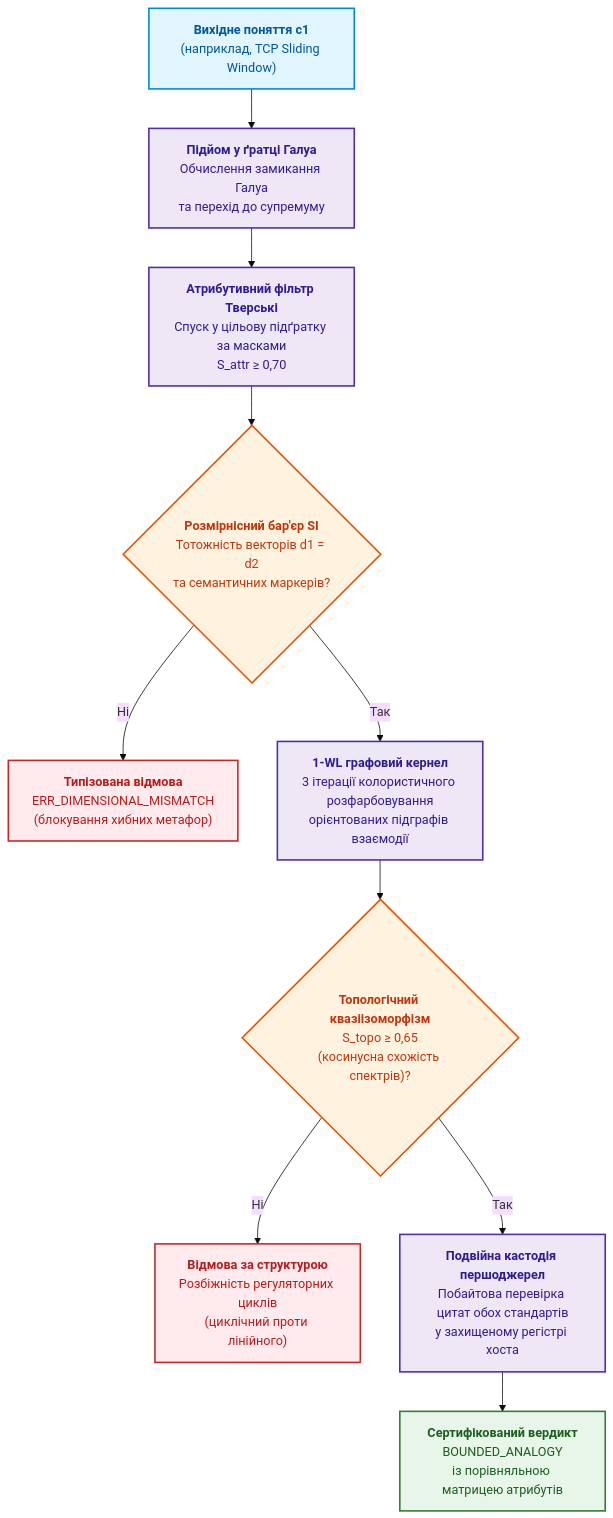
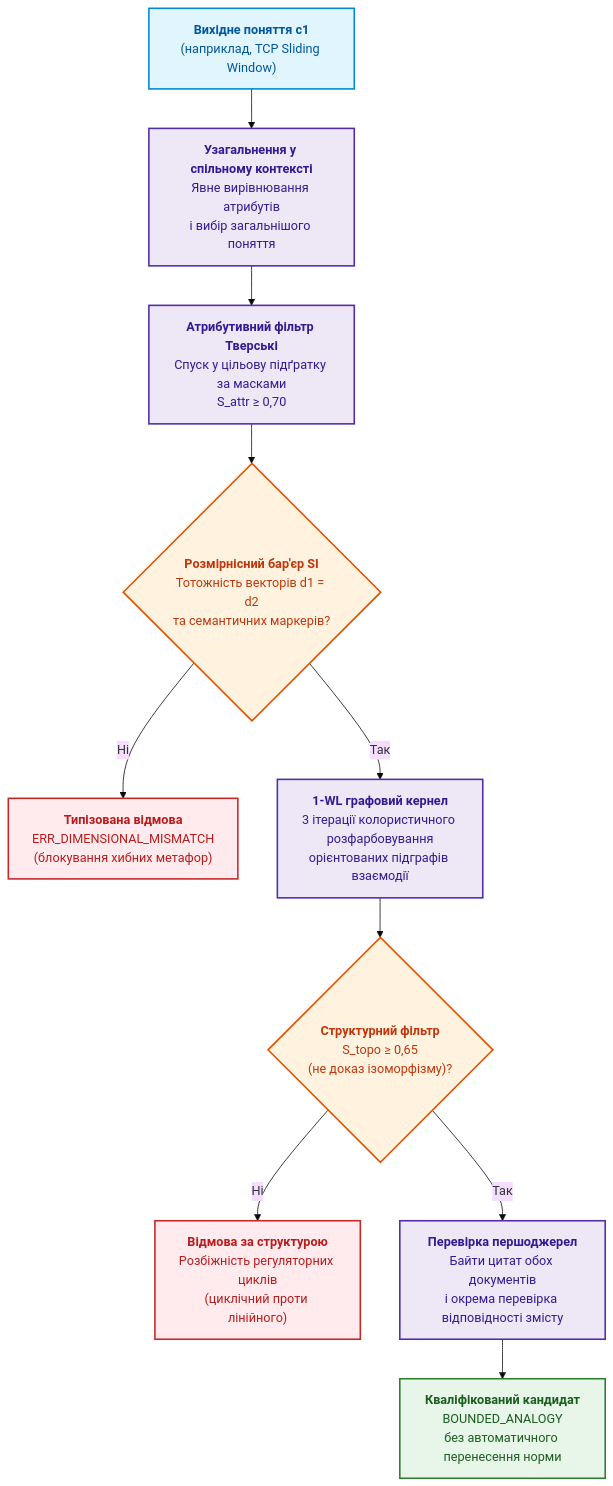
The eighth of 8 diagrams in ExpertSystem/ch31-syllogistic-reasoning-and-relation-lattices.md (nick-fedchik/articles), drawn with Mermaid (base theme) before and after one commit. The commit also changed other lines of this file and 7 other files, not shown here.

````diff
--- a/ExpertSystem/ch31-syllogistic-reasoning-and-relation-lattices.md
+++ b/ExpertSystem/ch31-syllogistic-reasoning-and-relation-lattices.md
@@ -862,35 +1023,35 @@
 ```mermaid
 flowchart TD
     accTitle: Дворівневий процес розміркованої міждоменної навігації за аналогією
-    accDescr: Схема етапів від вхідного поняття до верифікованого вердикту обмеженої аналогії.
+    accDescr: Фільтри добирають кандидата аналогії; сумісність і перевірені цитати самі не доводять перенесення норми.
 
-    SRC["<b>Вихідне поняття c1</b><br/>(наприклад, TCP Sliding Window)"] --> FCA_UP["<b>Підйом у ґратці Галуа</b><br/>Обчислення замикання Галуа<br/>та перехід до супремуму"]
+    SRC["<b>Вихідне поняття c1</b><br/>(наприклад, TCP Sliding Window)"] --> FCA_UP["<b>Узагальнення у спільному контексті</b><br/>Явне вирівнювання атрибутів<br/>і вибір загальнішого поняття"]
     
     FCA_UP --> TVERSKY["<b>Атрибутивний фільтр Тверські</b><br/>Спуск у цільову підґратку за масками<br/>S_attr ≥ 0,70"]
     
     TVERSKY --> DIM_CHECK{"<b>Розмірнісний бар'єр SI</b><br/>Тотожність векторів d1 = d2<br/>та семантичних маркерів?"}
     
     DIM_CHECK -- "Ні" --> REFUSE_DIM["<b>Типізована відмова</b><br/>ERR_DIMENSIONAL_MISMATCH<br/>(блокування хибних метафор)"]
     
     DIM_CHECK -- "Так" --> WL_TEST["<b>1-WL графовий кернел</b><br/>3 ітерації колористичного розфарбовування<br/>орієнтованих підграфів взаємодії"]
     
-    WL_TEST --> TOPO_CHECK{"<b>Топологічний квазіізоморфізм</b><br/>S_topo ≥ 0,65<br/>(косинусна схожість спектрів)?"}
+    WL_TEST --> TOPO_CHECK{"<b>Структурний фільтр</b><br/>S_topo ≥ 0,65<br/>(не доказ ізоморфізму)?"}
     
     TOPO_CHECK -- "Ні" --> REFUSE_TOPO["<b>Відмова за структурою</b><br/>Розбіжність регуляторних циклів<br/>(циклічний проти лінійного)"]
     
-    TOPO_CHECK -- "Так" --> CUSTODY["<b>Подвійна кастодія першоджерел</b><br/>Побайтова перевірка цитат обох стандартів<br/>у захищеному регістрі хоста"]
+    TOPO_CHECK -- "Так" --> CUSTODY["<b>Перевірка першоджерел</b><br/>Байти цитат обох документів<br/>і окрема перевірка відповідності змісту"]
     
-    CUSTODY --> VERDICT["<b>Сертифікований вердикт</b><br/>BOUNDED_ANALOGY<br/>із порівняльною матрицею атрибутів"]
+    CUSTODY --> VERDICT["<b>Кваліфікований кандидат</b><br/>BOUNDED_ANALOGY<br/>без автоматичного перенесення норми"]
 
     classDef src fill:#e1f5fe,stroke:#0288d1,stroke-width:2px,color:#01579b;
     classDef fca fill:#ede7f6,stroke:#512da8,stroke-width:2px,color:#311b92;
     classDef check fill:#fff3e0,stroke:#e65100,stroke-width:2px,color:#bf360c;
     classDef ref fill:#ffebee,stroke:#c62828,stroke-width:2px,color:#b71c1c;
     classDef res fill:#e8f5e9,stroke:#2e7d32,stroke-width:2px,color:#1b5e20;
 
     class SRC src;
     class FCA_UP,TVERSKY,WL_TEST,CUSTODY fca;
     class DIM_CHECK,TOPO_CHECK check;
     class REFUSE_DIM,REFUSE_TOPO ref;
     class VERDICT res;
 ```
````
